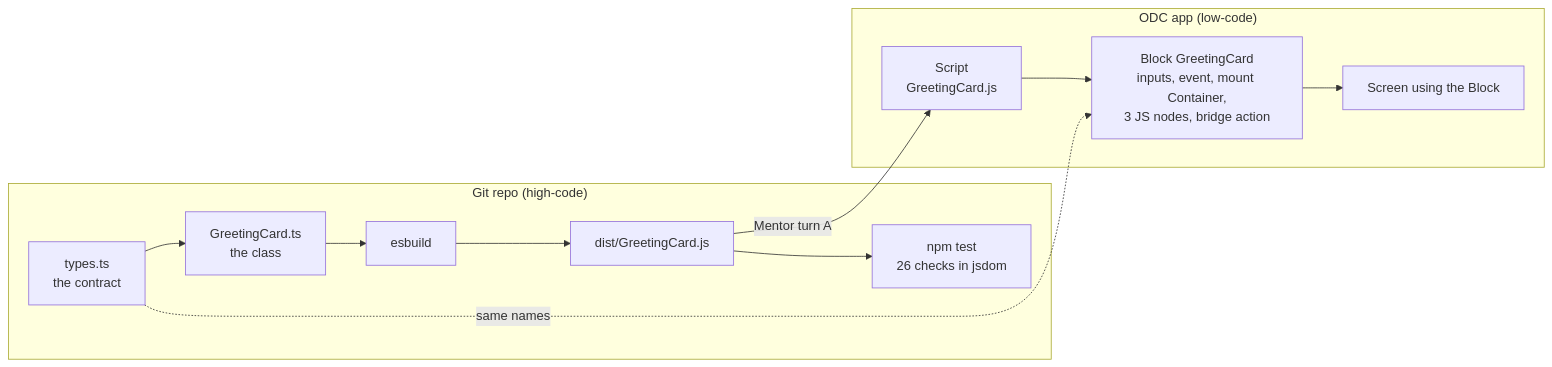
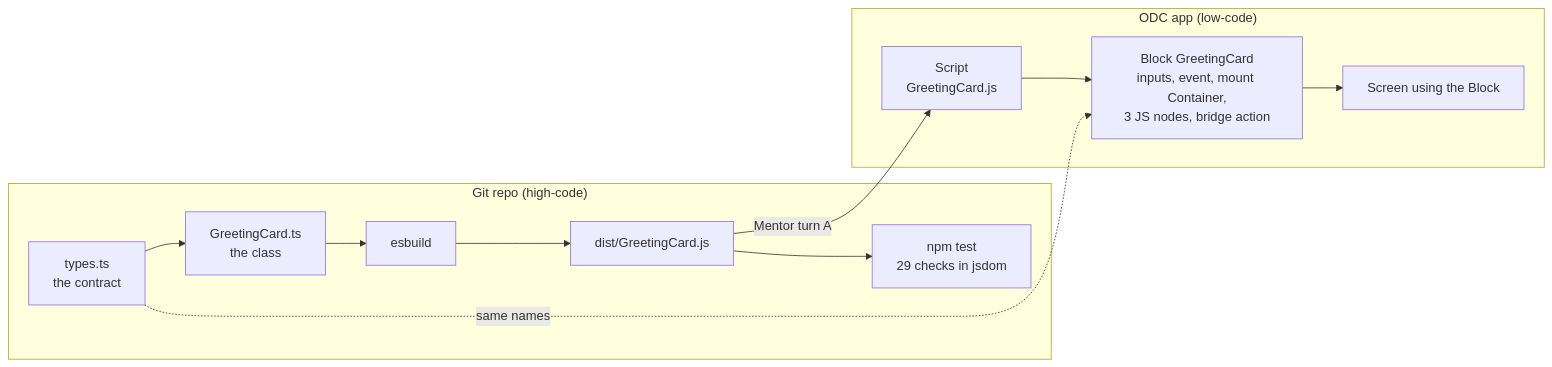
The diagram in Components_ODC.md (CEscorcio/AIOutsystemsFED), drawn with Mermaid before and after one commit. The commit also changed other lines of this file and 6 other files, not shown here.

````diff
--- a/Components_ODC.md
+++ b/Components_ODC.md
@@ -17,16 +17,16 @@
 ```mermaid
 flowchart LR
   subgraph Git["Git repo (high-code)"]
     T[types.ts<br/>the contract] --> C[GreetingCard.ts<br/>the class]
     C --> B[esbuild] --> D[dist/GreetingCard.js]
-    D --> X[npm test<br/>26 checks in jsdom]
+    D --> X[npm test<br/>29 checks in jsdom]
   end
   subgraph ODC["ODC app (low-code)"]
     S[Script<br/>GreetingCard.js]
     K[Block GreetingCard<br/>inputs, event, mount Container,<br/>3 JS nodes, bridge action]
     H[Screen using the Block]
     S --> K --> H
   end
   D -- "Mentor turn A" --> S
   T -. "same names" .-> K
 ```
````
